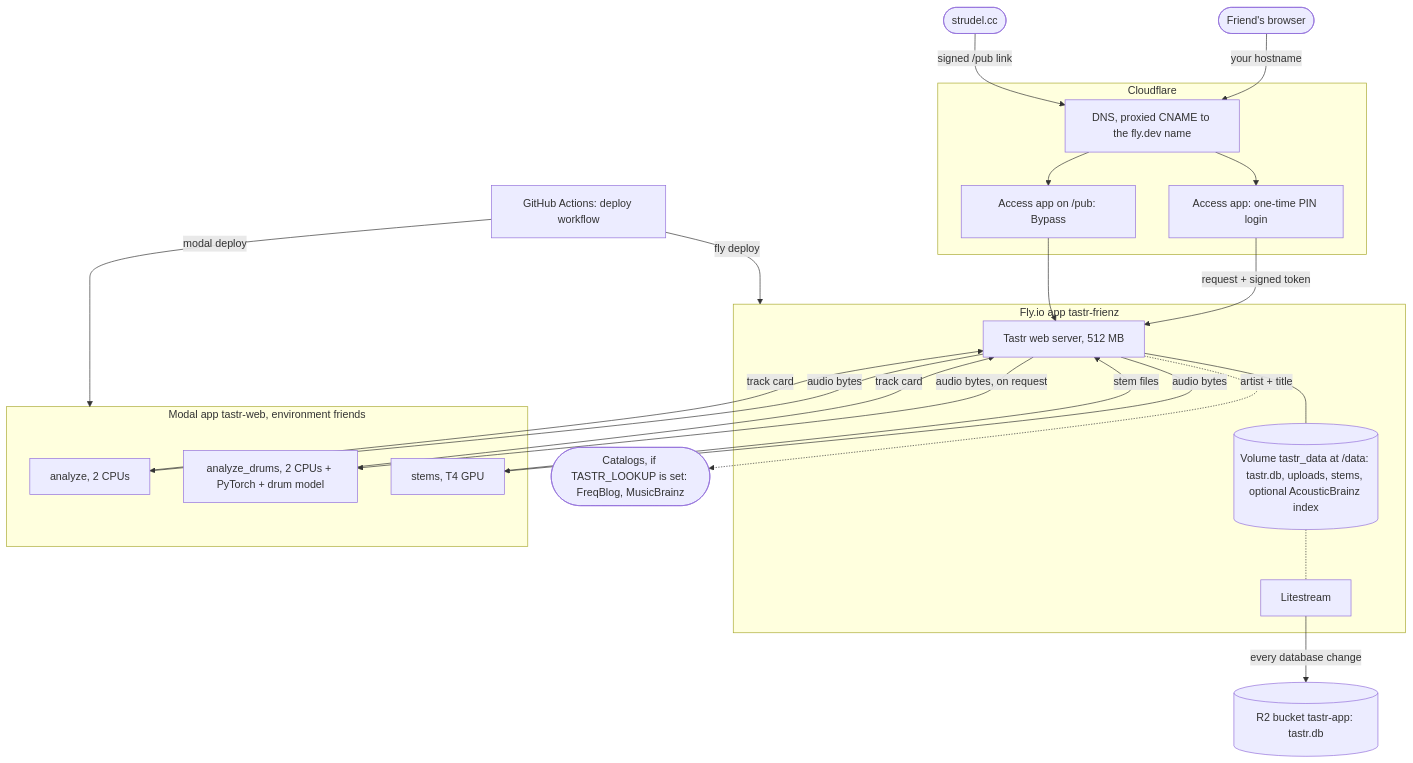
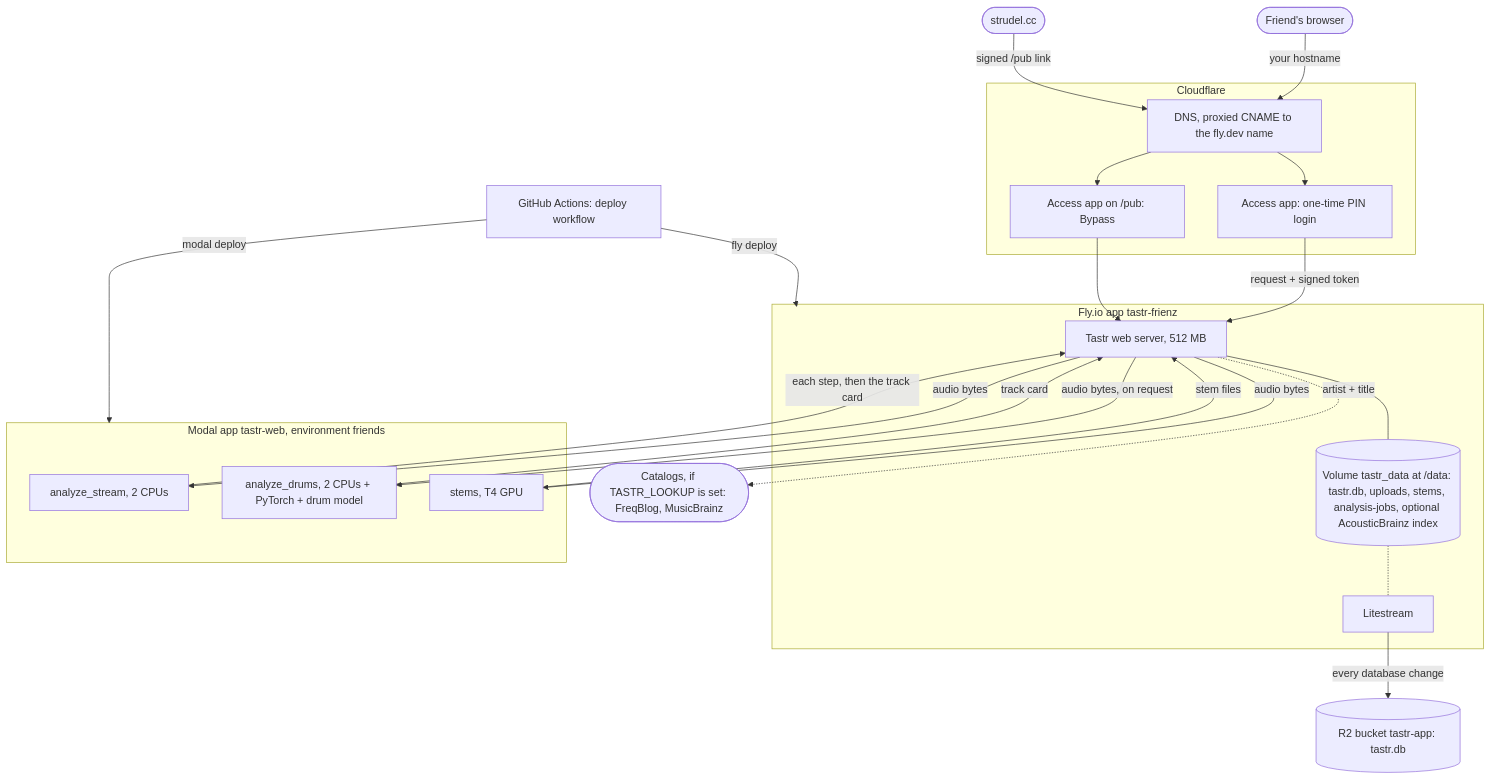
The first of 2 diagrams in docs/hosting-map.md (pocketIlmatto/tastr), drawn with Mermaid before and after one commit. The commit also changed other lines of this file and 17 other files, not shown here.

First line of the commit message:
Progress for long jobs: analysis steps, upload percent, time left, stems queue (#32)

````diff
--- a/docs/hosting-map.md
+++ b/docs/hosting-map.md
@@ -25,35 +25,35 @@
 ```mermaid
 flowchart TB
   F([Friend's browser])
   S([strudel.cc])
   subgraph CF[Cloudflare]
     DNS[DNS, proxied CNAME to the fly.dev name]
     ACC[Access app: one-time PIN login]
     BYP[Access app on /pub: Bypass]
   end
   subgraph FLY[Fly.io app tastr-frienz]
     WEB[Tastr web server, 512 MB]
-    VOL[(Volume tastr_data at /data: tastr.db, uploads, stems, optional AcousticBrainz index)]
+    VOL[(Volume tastr_data at /data: tastr.db, uploads, stems, analysis-jobs, optional AcousticBrainz index)]
     LS[Litestream]
   end
   subgraph MOD[Modal app tastr-web, environment friends]
-    AN[analyze, 2 CPUs]
+    AN[analyze_stream, 2 CPUs]
     AD[analyze_drums, 2 CPUs + PyTorch + drum model]
     ST[stems, T4 GPU]
   end
   R2[(R2 bucket tastr-app: tastr.db)]
   GH[GitHub Actions: deploy workflow]
   CAT([Catalogs, if TASTR_LOOKUP is set: FreqBlog, MusicBrainz])
 
   F -->|your hostname| DNS --> ACC -->|request + signed token| WEB
   S -->|signed /pub link| DNS --> BYP --> WEB
   WEB --- VOL
   VOL -.- LS
   LS -->|every database change| R2
-  WEB -->|audio bytes| AN -->|track card| WEB
+  WEB -->|audio bytes| AN -->|each step, then the track card| WEB
   WEB -->|audio bytes, on request| AD -->|track card| WEB
   WEB -->|audio bytes| ST -->|stem files| WEB
   WEB -.->|artist + title| CAT
   GH -->|modal deploy| MOD
   GH -->|fly deploy| FLY
 ```
````
